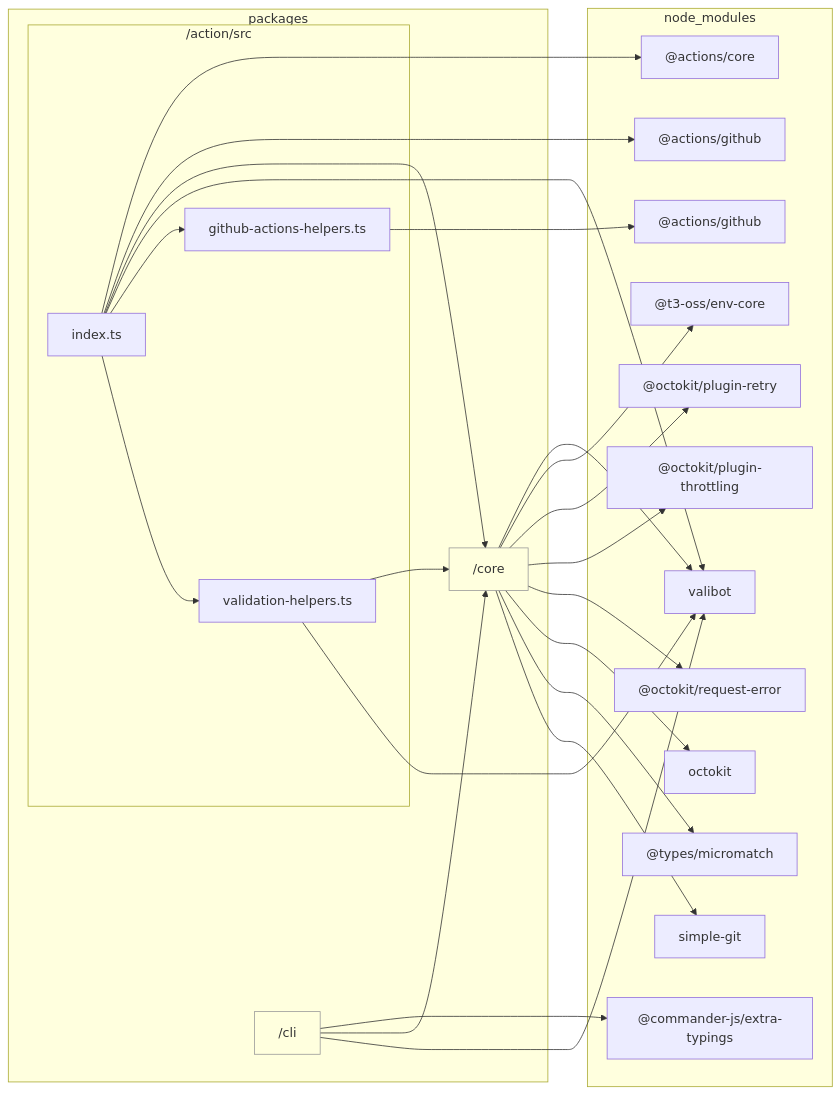
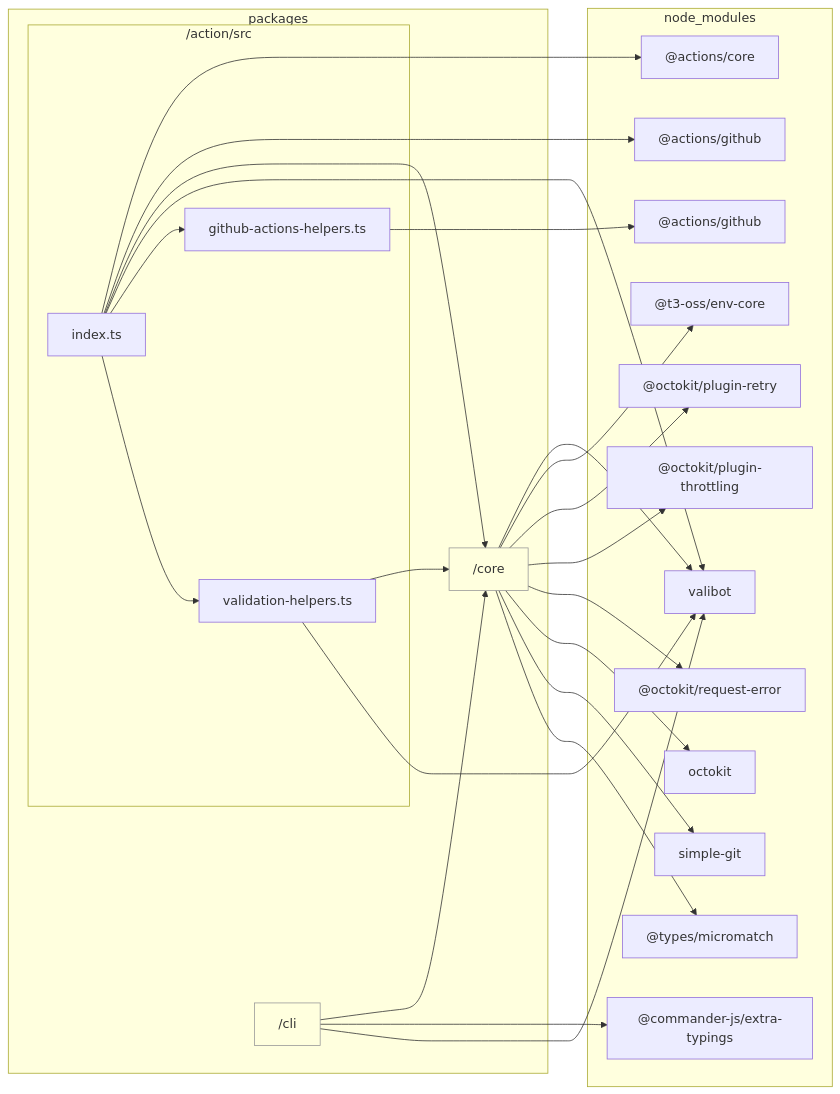
The diagram in docs/reports/dependencies/action.md (sugurutakahashi-1234/issue-linker), drawn with Mermaid before and after one commit. The commit also changed other lines of this file and 23 other files, not shown here.

````diff
--- a/docs/reports/dependencies/action.md
+++ b/docs/reports/dependencies/action.md
@@ -7,47 +7,47 @@
 ```mermaid
 flowchart LR
     classDef dir fill:#0000,stroke:#999
     subgraph packages["packages"]
         packages/core["/core"]:::dir
         packages/cli["/cli"]:::dir
         subgraph packages/action/src["/action/src"]
             packages/action/src/github//actions//helpers.ts["github-actions-helpers.ts"]
             packages/action/src/validation//helpers.ts["validation-helpers.ts"]
             packages/action/src/index.ts["index.ts"]
         end
     end
     subgraph node//modules["node_modules"]
         node//modules///actions/github/lib/context.d.ts["@actions/github"]
         node//modules/valibot/dist/index.d.cts["valibot"]
         node//modules///actions/core/lib/core.d.ts["@actions/core"]
         node//modules///actions/github/lib/github.d.ts["@actions/github"]
         node//modules///commander//js/extra//typings/index.d.ts["@commander-js/extra-typings"]
         node//modules///t3//oss/env//core/dist/index.d.ts["@t3-oss/env-core"]
         node//modules///octokit/plugin//retry/dist//types/index.d.ts["@octokit/plugin-retry"]
         node//modules///octokit/plugin//throttling/dist//types/index.d.ts["@octokit/plugin-throttling"]
         node//modules///octokit/request//error/dist//types/index.d.ts["@octokit/request-error"]
         node//modules/octokit/dist//types/index.d.ts["octokit"]
+        node//modules/simple//git/dist/typings/index.d.ts["simple-git"]
         node//modules///types/micromatch/index.d.ts["@types/micromatch"]
-        node//modules/simple//git/dist/typings/index.d.ts["simple-git"]
     end
     packages/action/src/github//actions//helpers.ts-->node//modules///actions/github/lib/context.d.ts
     packages/core-->node//modules/valibot/dist/index.d.cts
     packages/action/src/validation//helpers.ts-->packages/core
     packages/action/src/validation//helpers.ts-->node//modules/valibot/dist/index.d.cts
     packages/action/src/index.ts-->node//modules///actions/core/lib/core.d.ts
     packages/action/src/index.ts-->node//modules///actions/github/lib/github.d.ts
     packages/action/src/index.ts-->packages/core
     packages/action/src/index.ts-->node//modules/valibot/dist/index.d.cts
     packages/action/src/index.ts-->packages/action/src/github//actions//helpers.ts
     packages/action/src/index.ts-->packages/action/src/validation//helpers.ts
+    packages/cli-->packages/core
     packages/cli-->node//modules///commander//js/extra//typings/index.d.ts
-    packages/cli-->packages/core
     packages/cli-->node//modules/valibot/dist/index.d.cts
     packages/core-->node//modules///t3//oss/env//core/dist/index.d.ts
     packages/core-->node//modules///octokit/plugin//retry/dist//types/index.d.ts
     packages/core-->node//modules///octokit/plugin//throttling/dist//types/index.d.ts
     packages/core-->node//modules///octokit/request//error/dist//types/index.d.ts
     packages/core-->node//modules/octokit/dist//types/index.d.ts
+    packages/core-->node//modules/simple//git/dist/typings/index.d.ts
     packages/core-->node//modules///types/micromatch/index.d.ts
-    packages/core-->node//modules/simple//git/dist/typings/index.d.ts
 ```
````
